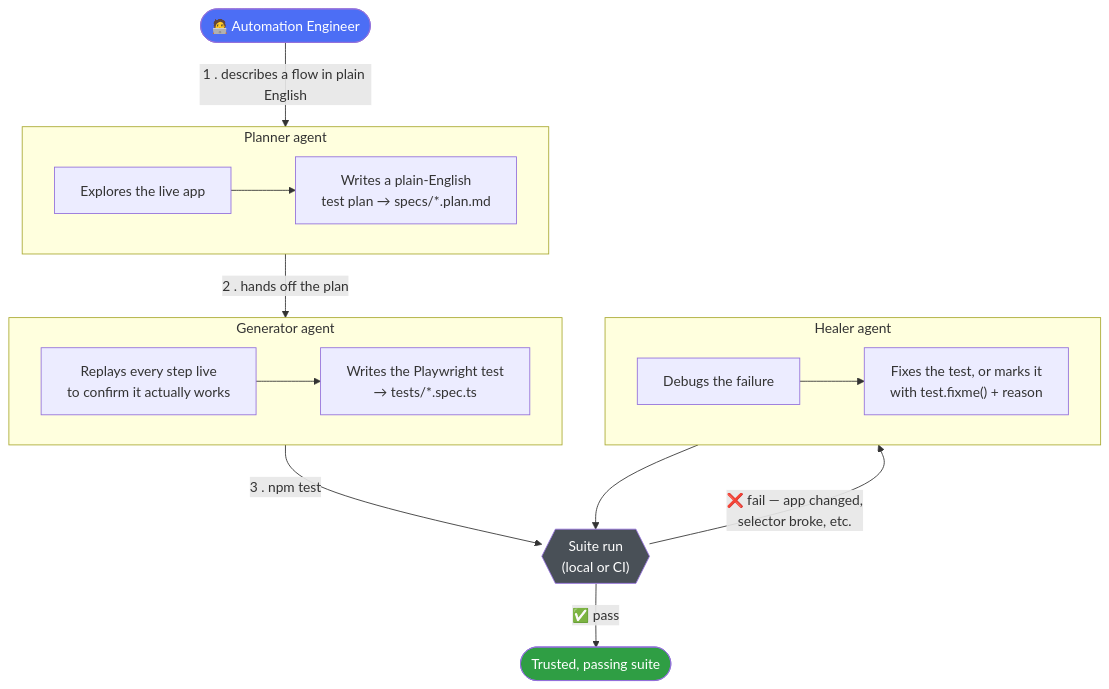
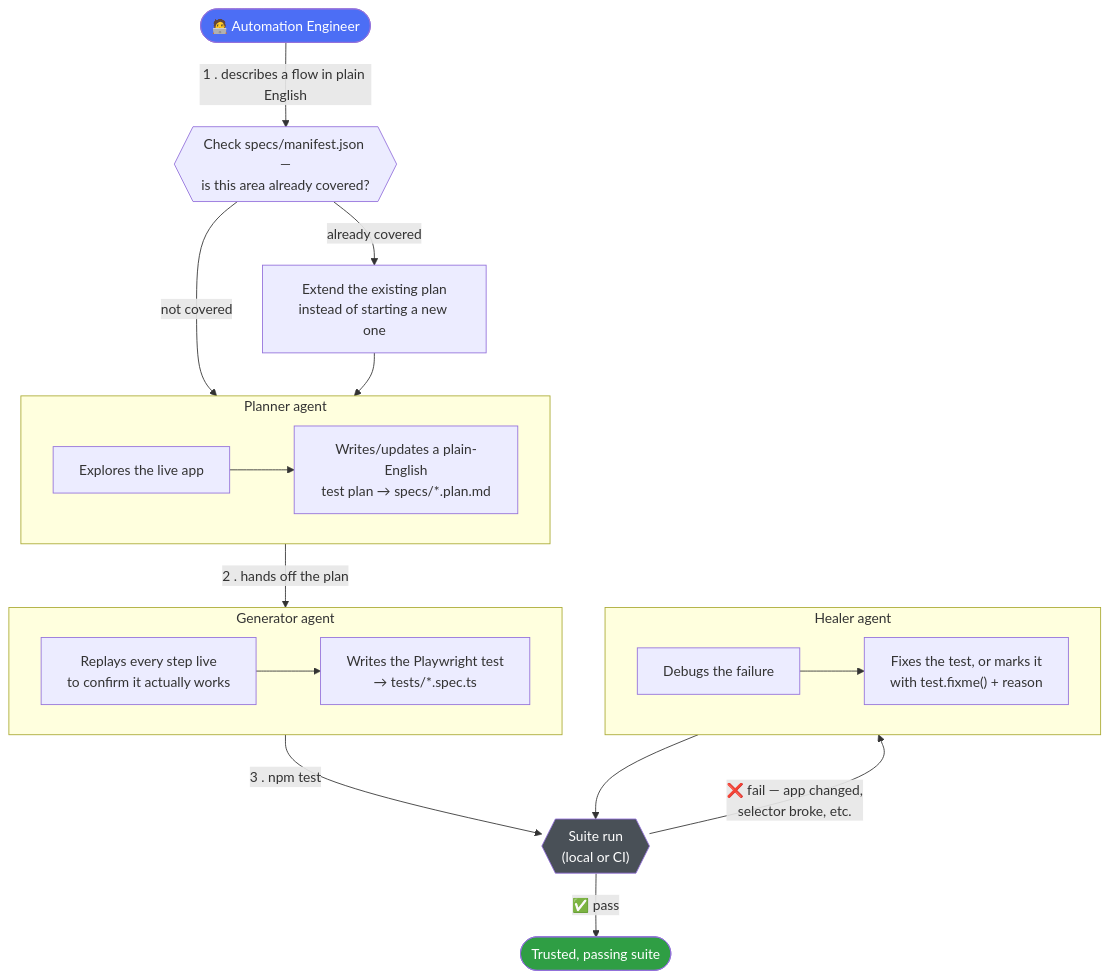
One commit to nitesh00747/PromtDrivenAutomation_JavaScript changed the diagram in README.md. Above: the diagram before and after it, drawn with Mermaid. The commit also changed other lines of this file, not shown here.

Commit message:
Add duplicate-coverage check to the README workflow diagram (#5)
The diagram jumped straight from engineer to Planner, skipping the
manifest.json check that decides whether to extend an existing plan
or start a new one (already documented in prose below it).

````diff
--- a/README.md
+++ b/README.md
@@ -20,36 +20,40 @@
 ```mermaid
 flowchart TD
     ENG(["🧑‍💻 Automation Engineer"])
-    ENG -->|"1 . describes a flow in plain English"| PLAN
+    ENG -->|"1 . describes a flow in plain English"| CHECK
+
+    CHECK{{"Check specs/manifest.json —\nis this area already covered?"}}
+    CHECK -->|"not covered"| PLAN
+    CHECK -->|"already covered"| EXTEND["Extend the existing plan\ninstead of starting a new one"] --> PLAN
 
     subgraph PLAN["Planner agent"]
         P1["Explores the live app"]
-        P2["Writes a plain-English\ntest plan → specs/*.plan.md"]
+        P2["Writes/updates a plain-English\ntest plan → specs/*.plan.md"]
         P1 --> P2
     end
 
     PLAN -->|"2 . hands off the plan"| GEN
 
     subgraph GEN["Generator agent"]
         G1["Replays every step live\nto confirm it actually works"]
         G2["Writes the Playwright test\n→ tests/*.spec.ts"]
         G1 --> G2
     end
 
     GEN -->|"3 . npm test"| CI{{"Suite run\n(local or CI)"}}
 
     CI -->|"✅ pass"| DONE(["Trusted, passing suite"])
     CI -->|"❌ fail — app changed,\nselector broke, etc."| HEAL
 
     subgraph HEAL["Healer agent"]
         H1["Debugs the failure"]
         H2["Fixes the test, or marks it\nwith test.fixme() + reason"]
         H1 --> H2
     end
 
     HEAL --> CI
 
     style ENG fill:#4c6ef5,color:#fff
     style DONE fill:#2f9e44,color:#fff
     style CI fill:#495057,color:#fff
 ```
````
